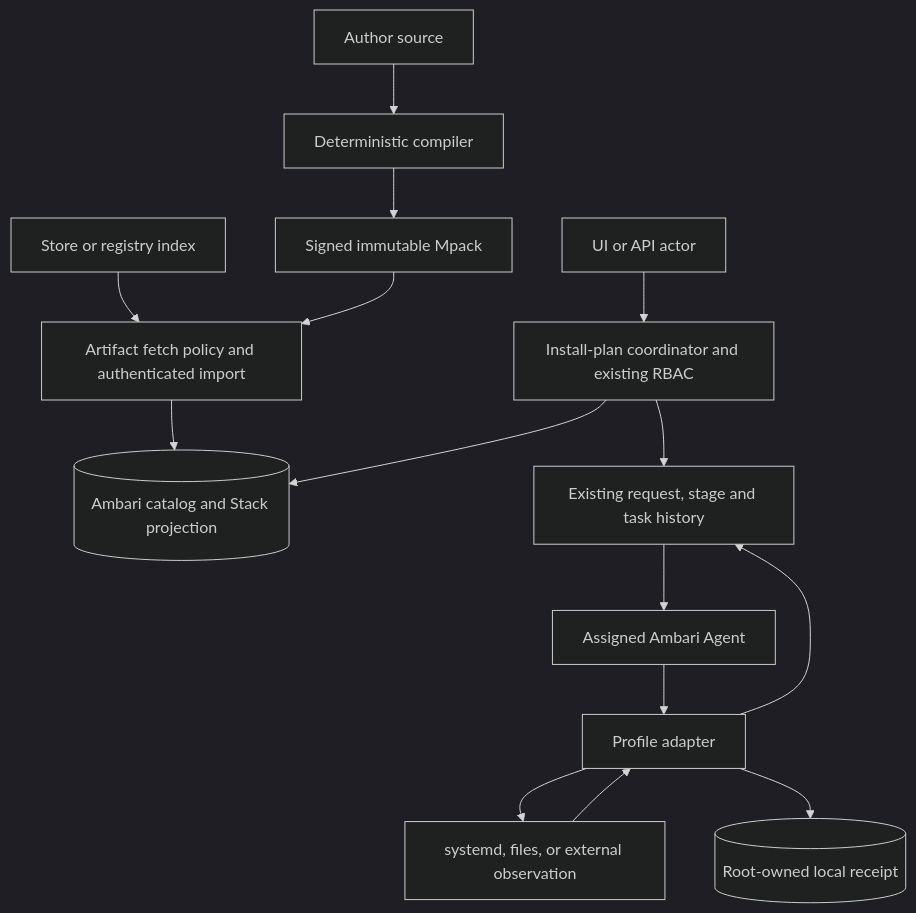
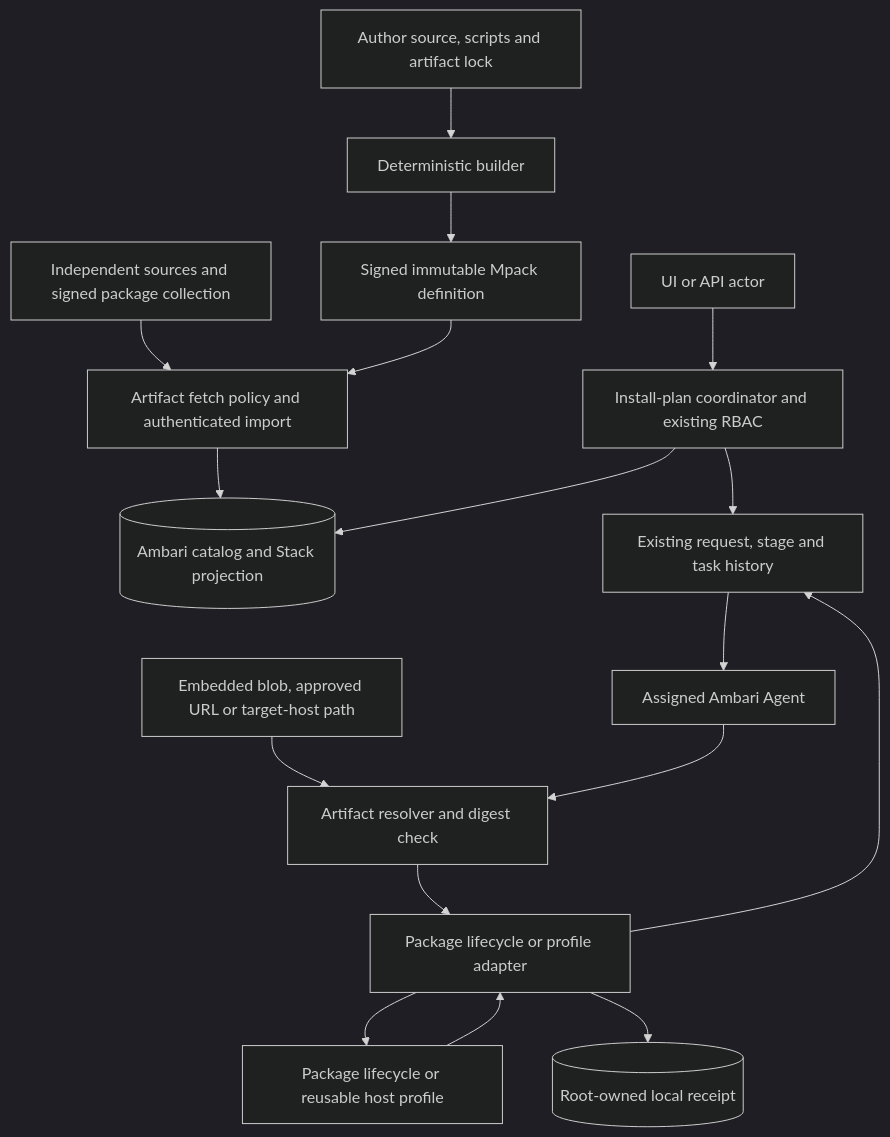
One commit to JiaLiangC/ambari changed the diagram in docs/mpack-v2/architecture.md. Above: the diagram before and after it, drawn with Mermaid (dark theme). The commit also changed other lines of this file and 8 other files, not shown here.

````diff
--- a/docs/mpack-v2/architecture.md
+++ b/docs/mpack-v2/architecture.md
@@ -72,17 +82,19 @@
 ```mermaid
 flowchart TD
-  A[Author source] --> C[Deterministic compiler]
-  C --> P[Signed immutable Mpack]
-  R[Store or registry index] --> I
+  A[Author source, scripts and artifact lock] --> C[Deterministic builder]
+  C --> P[Signed immutable Mpack definition]
+  R[Independent sources and signed package collection] --> I
   P --> I[Artifact fetch policy and authenticated import]
   I --> D[(Ambari catalog and Stack projection)]
   U[UI or API actor] --> S[Install-plan coordinator and existing RBAC]
   S --> D
   S --> Q[Existing request, stage and task history]
   Q --> G[Assigned Ambari Agent]
-  G --> X[Profile adapter]
-  X --> N[systemd, files, or external observation]
+  B[Embedded blob, approved URL or target-host path] --> V[Artifact resolver and digest check]
+  G --> V
+  V --> X[Package lifecycle or profile adapter]
+  X --> N[Package lifecycle or reusable host profile]
   X --> E[(Root-owned local receipt)]
   N --> X
   X --> Q
 ```
````
